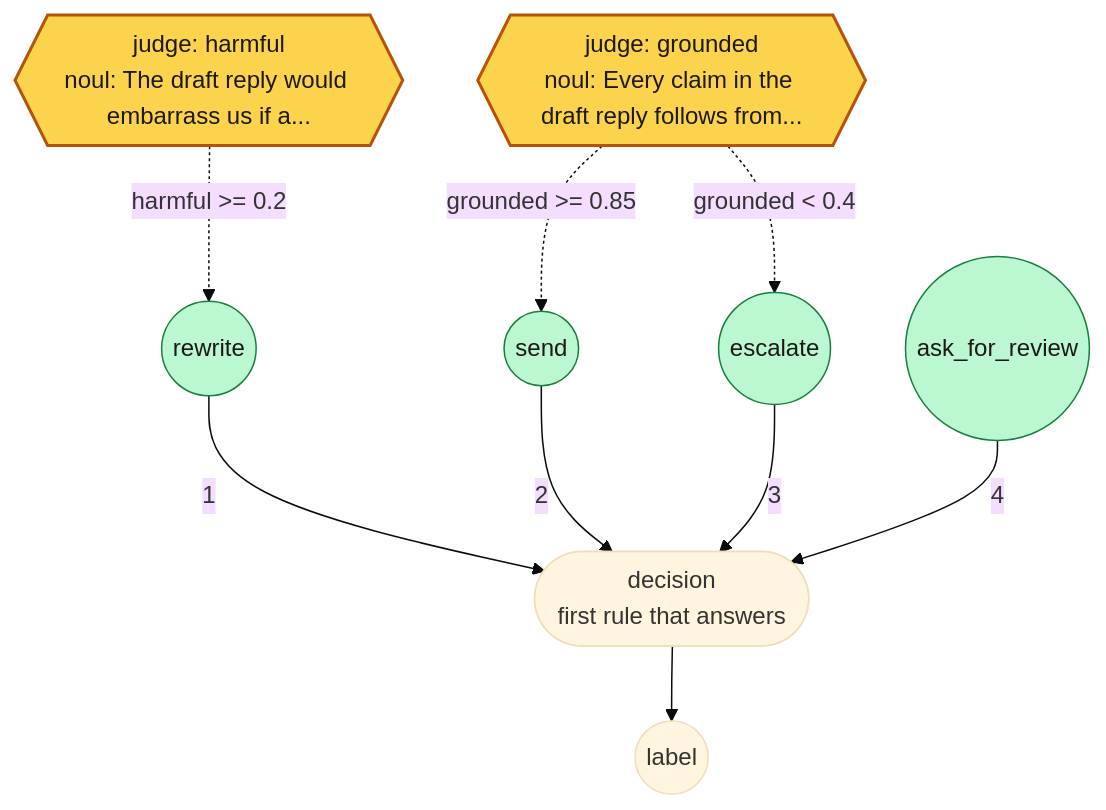
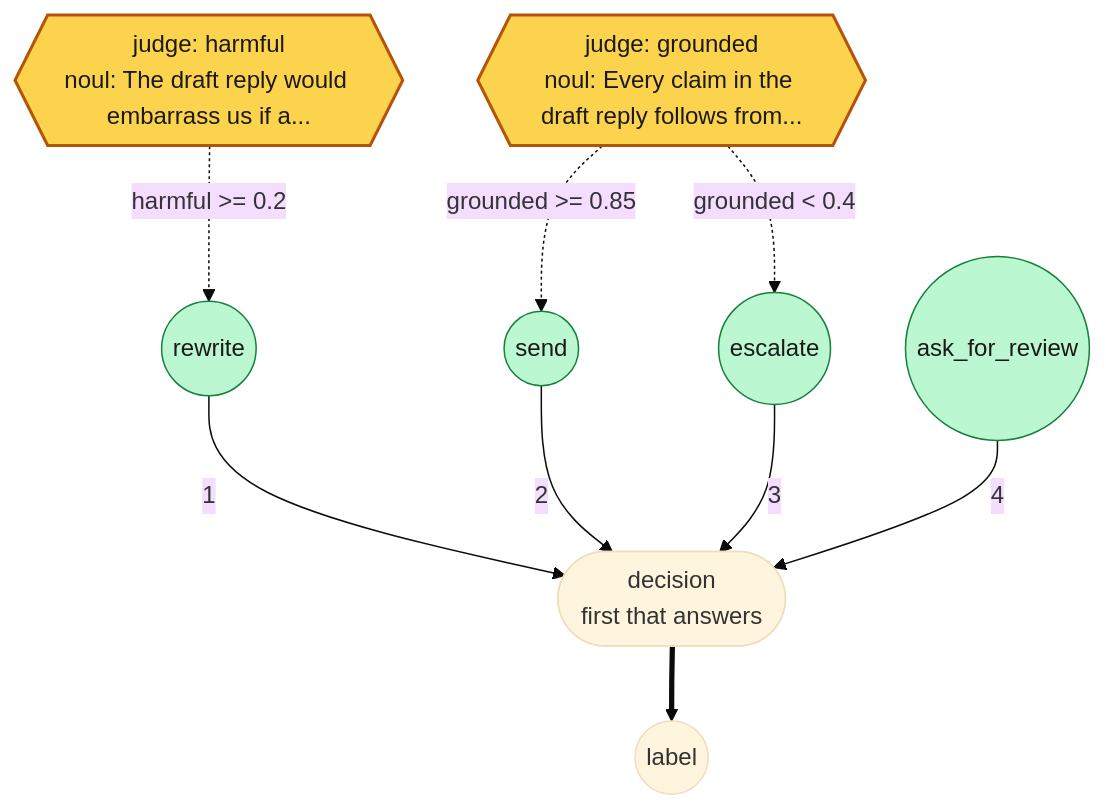
The seventh of 8 diagrams in README.md (MCERQUA/rulesmith), drawn with Mermaid (base theme) before and after one commit. The commit also changed other lines of this file and 1 other file, not shown here.

First line of the commit message:
Draw every graph in the README by one convention

````diff
--- a/README.md
+++ b/README.md
@@ -795,23 +797,23 @@
 ```mermaid
 flowchart TD
     n0{{"judge: grounded<br/>noul: Every claim in the draft reply follows from..."}}
     n1{{"judge: harmful<br/>noul: The draft reply would embarrass us if a..."}}
     n2(("rewrite"))
     n3(("send"))
     n4(("escalate"))
     n5(("ask_for_review"))
-    n6(["decision<br/>first rule that answers"])
+    n6(["decision<br/>first that answers"])
     n1 -.->|"harmful >= 0.2"| n2
     n0 -.->|"grounded >= 0.85"| n3
     n0 -.->|"grounded < 0.4"| n4
     n2 -->|"1"| n6
     n3 -->|"2"| n6
     n4 -->|"3"| n6
     n5 -->|"4"| n6
     o0(("label"))
-    n6 --> o0
+    n6 ==> o0
     classDef judge fill:#fcd34d,stroke:#b45309,stroke-width:2px,color:#1c1917
     class n0,n1 judge
     classDef rule fill:#bbf7d0,stroke:#15803d,color:#1c1917
     class n2,n3,n4,n5 rule
 ```
````
